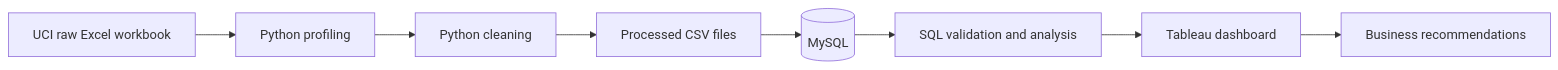
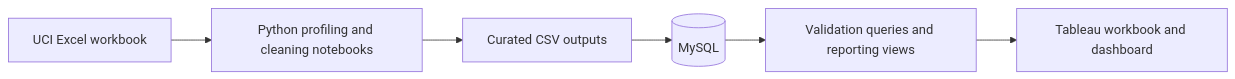
Before and after one commit to jatothnithinsai-tech/UK_Retail_Sales_Customer_Analytics: the diagram in README.md, drawn with Mermaid. The commit also changed other lines of this file and 3 other files, not shown here.

````diff
--- a/README.md
+++ b/README.md
@@ -55,10 +46,8 @@
 ```mermaid
 flowchart LR
-    A[UCI raw Excel workbook] --> B[Python profiling]
-    B --> C[Python cleaning]
-    C --> D[Processed CSV files]
-    D --> E[(MySQL)]
-    E --> F[SQL validation and analysis]
-    F --> G[Tableau dashboard]
-    G --> H[Business recommendations]
+    A[UCI Excel workbook] --> B[Python profiling and cleaning notebooks]
+    B --> C[Curated CSV outputs]
+    C --> D[(MySQL)]
+    D --> E[Validation queries and reporting views]
+    E --> F[Tableau workbook and dashboard]
 ```
````
